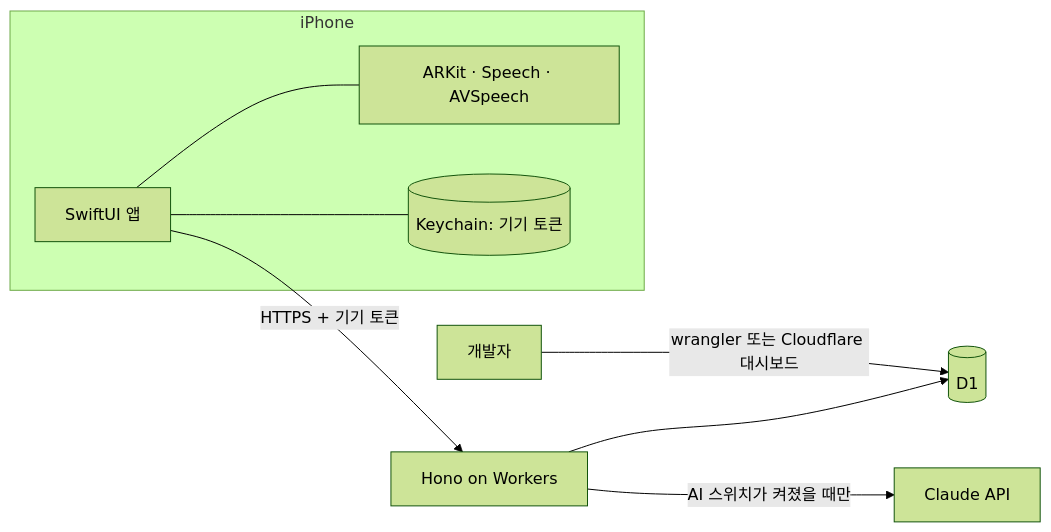
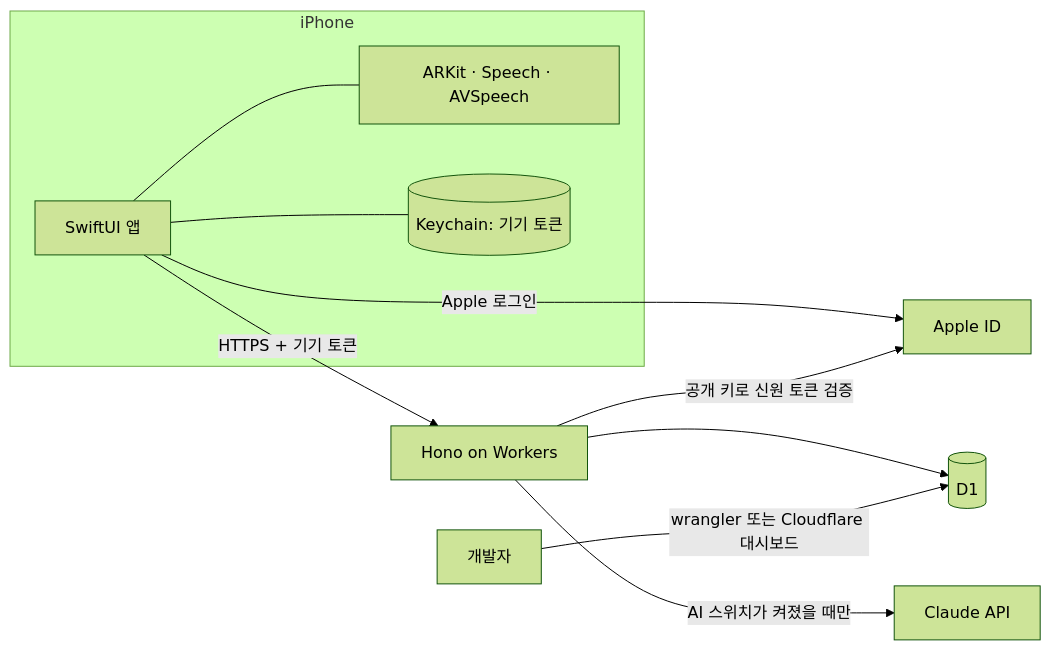
Before and after one commit to znak99/JEC-FirstStepToCareer: the diagram in docs/system-design/ARCHITECTURE.md, drawn with Mermaid (forest theme). The commit also changed other lines of this file and 6 other files, not shown here.

````diff
--- a/docs/system-design/ARCHITECTURE.md
+++ b/docs/system-design/ARCHITECTURE.md
@@ -25,14 +26,16 @@
 ```mermaid
 flowchart LR
   subgraph iPhone
     App[SwiftUI 앱]
     Sensors[ARKit · Speech · AVSpeech]
     Keychain[(Keychain: 기기 토큰)]
     App --- Sensors
     App --- Keychain
   end
+  App -- Apple 로그인 --> Apple[Apple ID]
   App -- HTTPS + 기기 토큰 --> Worker[Hono on Workers]
+  Worker -- 공개 키로 신원 토큰 검증 --> Apple
   Worker --> D1[(D1)]
   Worker -- AI 스위치가 켜졌을 때만 --> Claude[Claude API]
   Owner[개발자] -- wrangler 또는 Cloudflare 대시보드 --> D1
 ```
````
